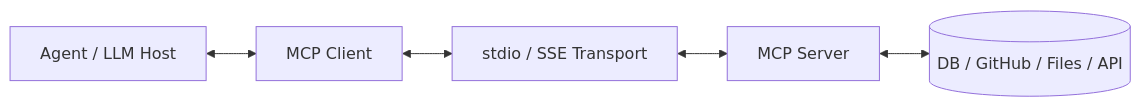
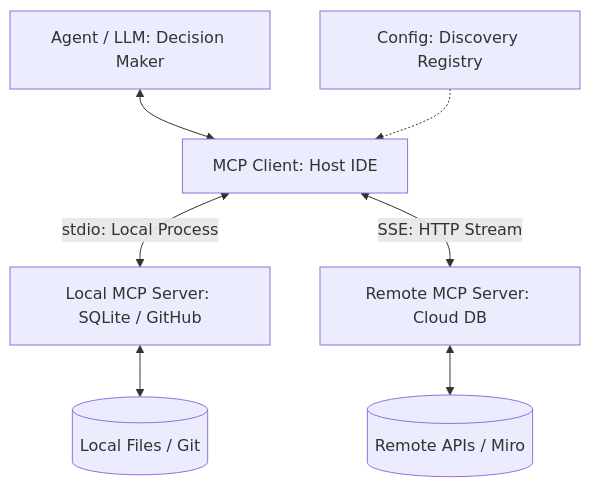
Before and after one commit to Abdo5-Mahmoud/Daily-Tracker-system: the first of 4 diagrams in engineering-learning/MODERN_AI_ENGINEERING_MASTER_HANDBOOK.md, drawn with Mermaid. The commit also changed other lines of this file, not shown here.

Commit message:
docs(ai-handbook): integrate confirmed mcp 4-pillar architecture and transport deep dive

````diff
--- a/engineering-learning/MODERN_AI_ENGINEERING_MASTER_HANDBOOK.md
+++ b/engineering-learning/MODERN_AI_ENGINEERING_MASTER_HANDBOOK.md
@@ -62,7 +82,9 @@
 ```mermaid
-graph LR
-    Agent[Agent / LLM Host] <--> Client[MCP Client]
-    Client <--> Transport[stdio / SSE Transport]
-    Transport <--> Server[MCP Server]
-    Server <--> Tools[(DB / GitHub / Files / API)]
+graph TD
+    Agent[Agent / LLM: Decision Maker] <--> Client[MCP Client: Host IDE]
+    Config[Config: Discovery Registry] -.-> Client
+    Client <-->|stdio: Local Process| LocalServer[Local MCP Server: SQLite / GitHub]
+    Client <-->|SSE: HTTP Stream| RemoteServer[Remote MCP Server: Cloud DB]
+    LocalServer <--> LocalResources[(Local Files / Git)]
+    RemoteServer <--> CloudResources[(Remote APIs / Miro)]
 ```
````
